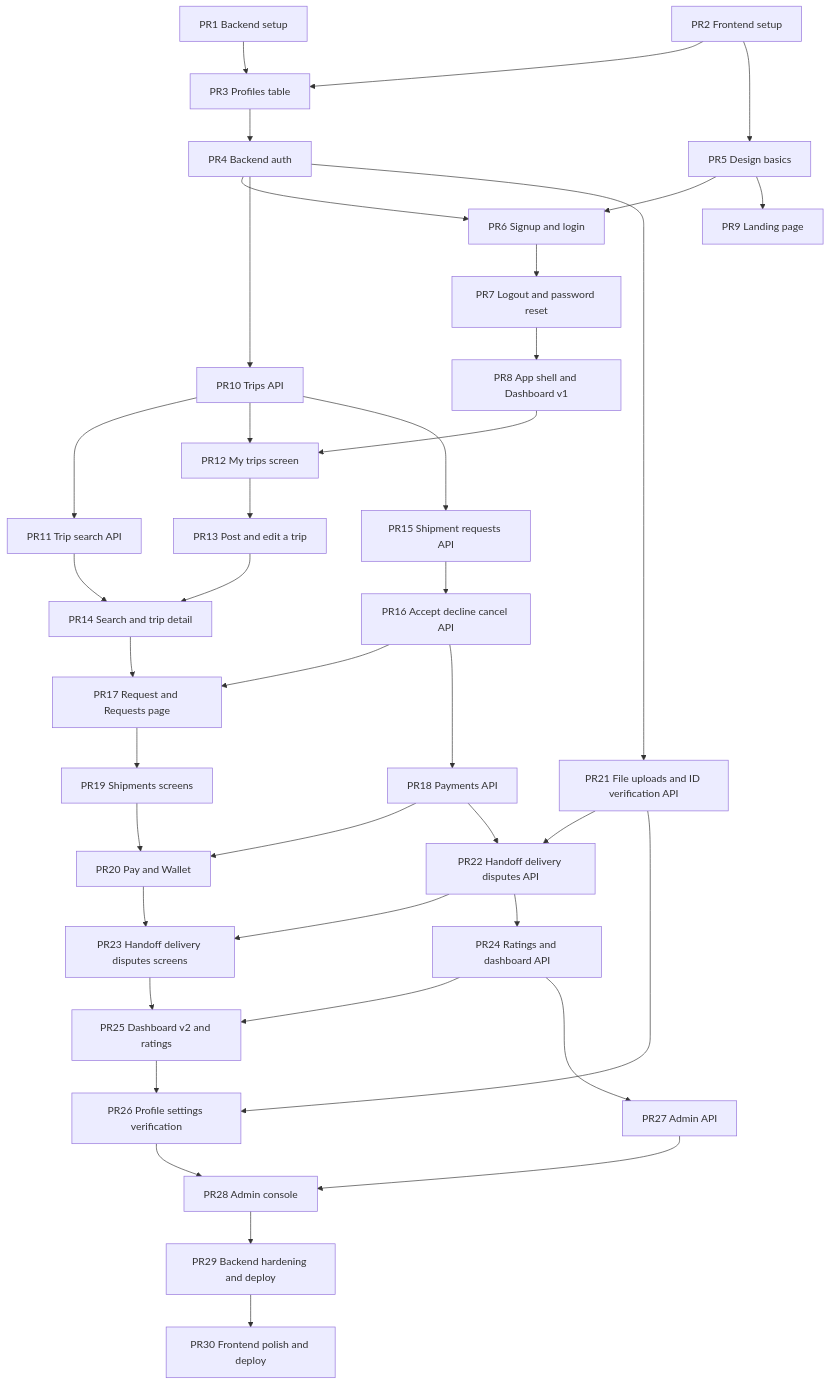
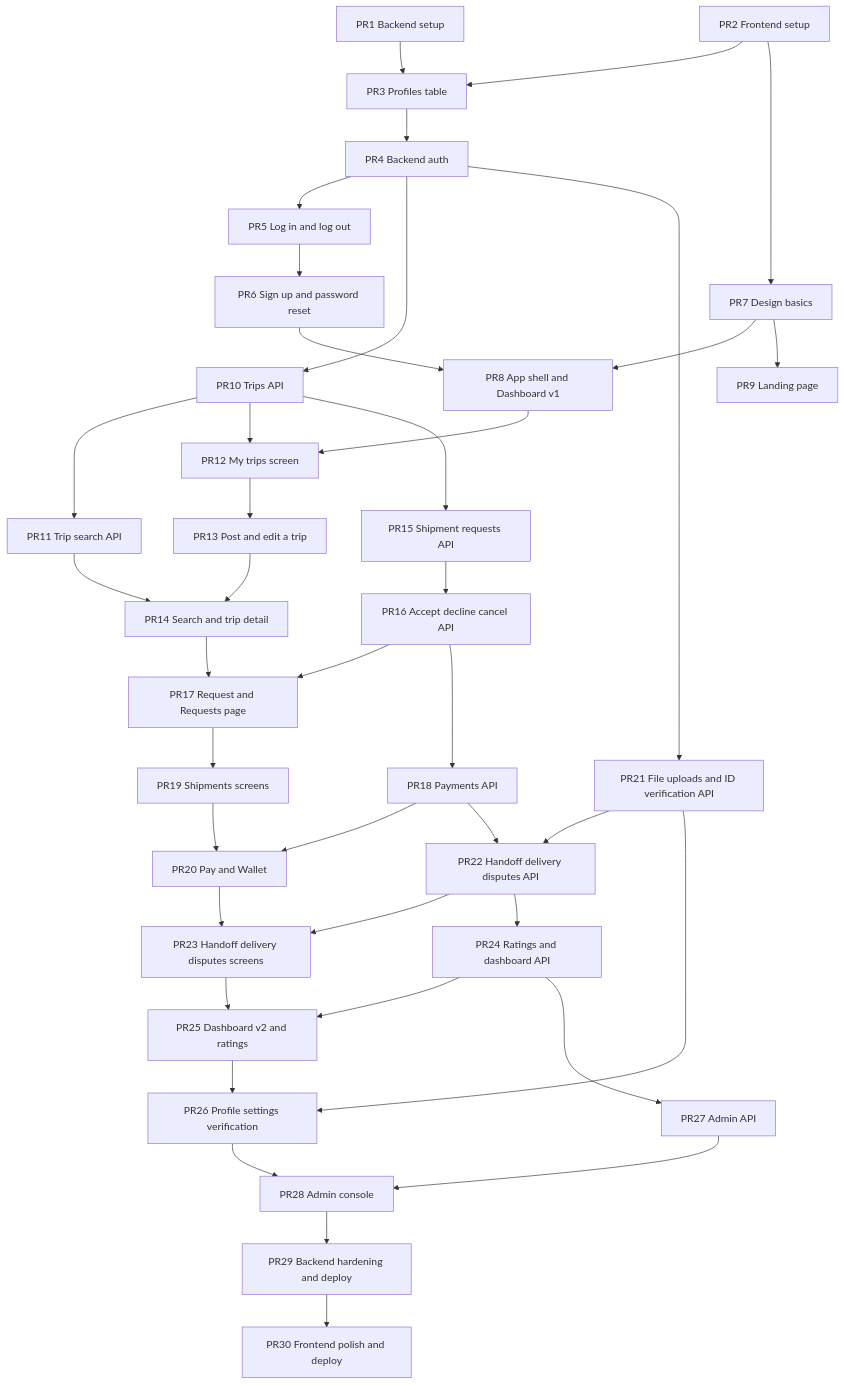
Before and after one commit to Abubakar-Zahir/cargoshare: the third of 4 diagrams in docs/ROADMAP.md, drawn with Mermaid. The commit also changed other lines of this file and 3 other files, not shown here.

Commit message:
docs: update roadmap, setup guide and commands for PR5

````diff
--- a/docs/ROADMAP.md
+++ b/docs/ROADMAP.md
@@ -160,42 +160,42 @@
 ```mermaid
 flowchart TD
     P1[PR1 Backend setup] --> P3[PR3 Profiles table]
     P2[PR2 Frontend setup] --> P3
     P3 --> P4[PR4 Backend auth]
-    P2 --> P5[PR5 Design basics]
-    P4 --> P6[PR6 Signup and login]
-    P5 --> P6
-    P6 --> P7[PR7 Logout and password reset]
-    P7 --> P8[PR8 App shell and Dashboard v1]
-    P5 --> P9[PR9 Landing page]
+    P4 --> P5[PR5 Log in and log out]
+    P5 --> P6[PR6 Sign up and password reset]
+    P2 --> P7[PR7 Design basics]
+    P6 --> P8[PR8 App shell and Dashboard v1]
+    P7 --> P8
+    P7 --> P9[PR9 Landing page]
     P4 --> P10[PR10 Trips API]
     P10 --> P11[PR11 Trip search API]
     P8 --> P12[PR12 My trips screen]
     P10 --> P12
     P12 --> P13[PR13 Post and edit a trip]
     P11 --> P14[PR14 Search and trip detail]
     P13 --> P14
     P10 --> P15[PR15 Shipment requests API]
     P15 --> P16[PR16 Accept decline cancel API]
     P14 --> P17[PR17 Request and Requests page]
     P16 --> P17
     P16 --> P18[PR18 Payments API]
     P17 --> P19[PR19 Shipments screens]
     P18 --> P20[PR20 Pay and Wallet]
     P19 --> P20
     P4 --> P21[PR21 File uploads and ID verification API]
     P18 --> P22[PR22 Handoff delivery disputes API]
     P21 --> P22
     P22 --> P23[PR23 Handoff delivery disputes screens]
     P20 --> P23
     P22 --> P24[PR24 Ratings and dashboard API]
     P24 --> P25[PR25 Dashboard v2 and ratings]
     P23 --> P25
     P21 --> P26[PR26 Profile settings verification]
     P25 --> P26
     P24 --> P27[PR27 Admin API]
     P27 --> P28[PR28 Admin console]
     P26 --> P28
     P28 --> P29[PR29 Backend hardening and deploy]
     P29 --> P30[PR30 Frontend polish and deploy]
 ```
````
